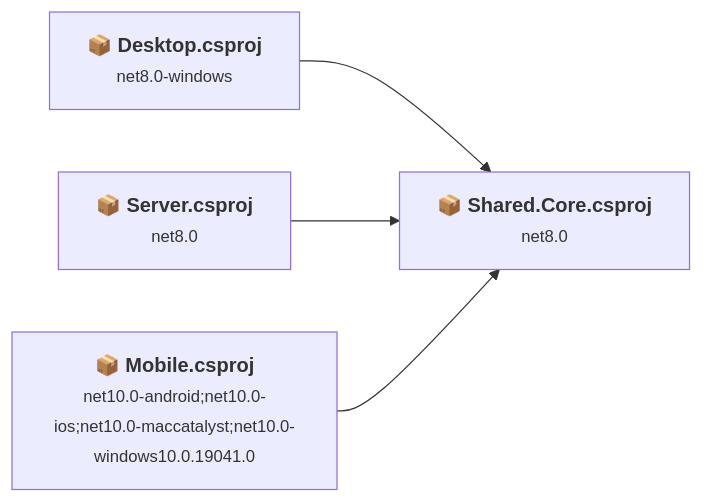
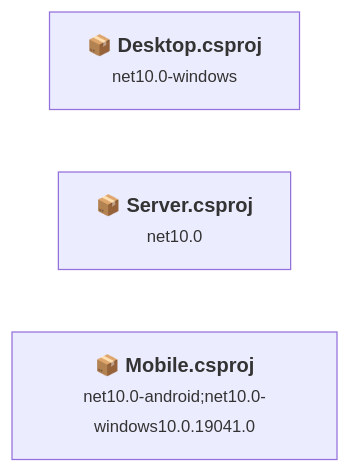
Before and after one commit to NafisianCastle/dokanio: the first of 4 diagrams in .github/upgrades/assessment.md, drawn with Mermaid. The commit also changed other lines of this file and 10 other files, not shown here.

````diff
--- a/.github/upgrades/assessment.md
+++ b/.github/upgrades/assessment.md
@@ -156,15 +106,10 @@
 ```mermaid
 flowchart LR
-    P1["<b>📦&nbsp;Shared.Core.csproj</b><br/><small>net8.0</small>"]
-    P2["<b>📦&nbsp;Desktop.csproj</b><br/><small>net8.0-windows</small>"]
-    P3["<b>📦&nbsp;Server.csproj</b><br/><small>net8.0</small>"]
-    P4["<b>📦&nbsp;Mobile.csproj</b><br/><small>net10.0-android;net10.0-ios;net10.0-maccatalyst;net10.0-windows10.0.19041.0</small>"]
-    P2 --> P1
-    P3 --> P1
-    P4 --> P1
-    click P1 "#srcsharedcoresharedcorecsproj"
-    click P2 "#srcdesktopdesktopcsproj"
-    click P3 "#srcserverservercsproj"
-    click P4 "#srcmobilemobilecsproj"
+    P1["<b>📦&nbsp;Desktop.csproj</b><br/><small>net10.0-windows</small>"]
+    P2["<b>📦&nbsp;Server.csproj</b><br/><small>net10.0</small>"]
+    P3["<b>📦&nbsp;Mobile.csproj</b><br/><small>net10.0-android;net10.0-windows10.0.19041.0</small>"]
+    click P1 "#srcdesktopdesktopcsproj"
+    click P2 "#srcserverservercsproj"
+    click P3 "#srcmobilemobilecsproj"
 
 ```
````
